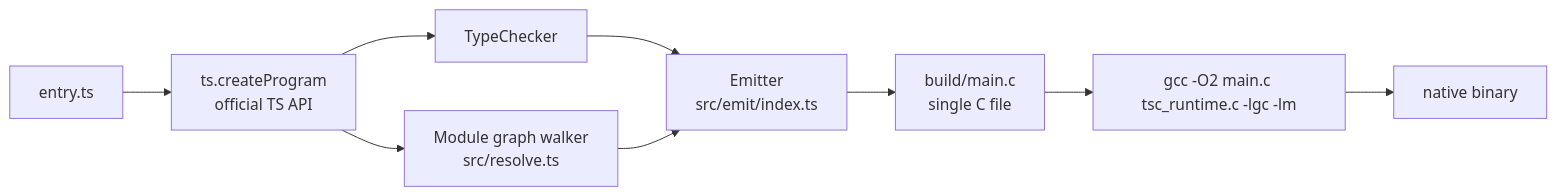
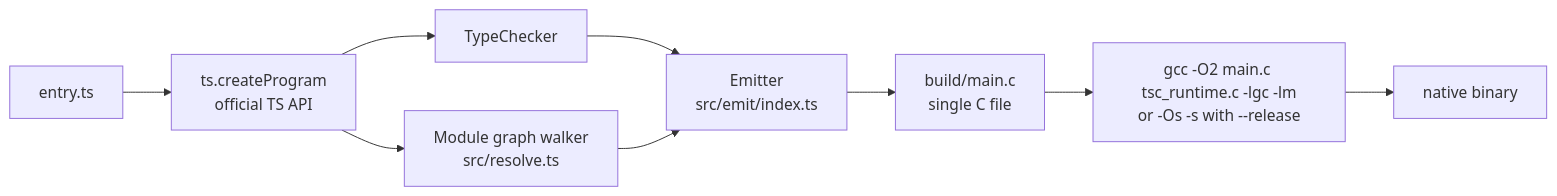
The first of 7 diagrams in docs/architecture.md (adamdroberts/TypeScriptCTranspiler), drawn with Mermaid before and after one commit. The commit also changed other lines of this file and 269 other files, not shown here.

````diff
--- a/docs/architecture.md
+++ b/docs/architecture.md
@@ -7,12 +7,12 @@
 ```mermaid
 flowchart LR
     A[entry.ts]
     A --> B[ts.createProgram<br/>official TS API]
     B --> C[TypeChecker]
     B --> D[Module graph walker<br/>src/resolve.ts]
     C --> E
     D --> E[Emitter<br/>src/emit/index.ts]
     E --> F[build/main.c<br/>single C file]
-    F --> G[gcc -O2 main.c tsc_runtime.c -lgc -lm]
+    F --> G[gcc -O2 main.c tsc_runtime.c -lgc -lm<br/>or -Os -s with --release]
     G --> H[native binary]
 ```
````
